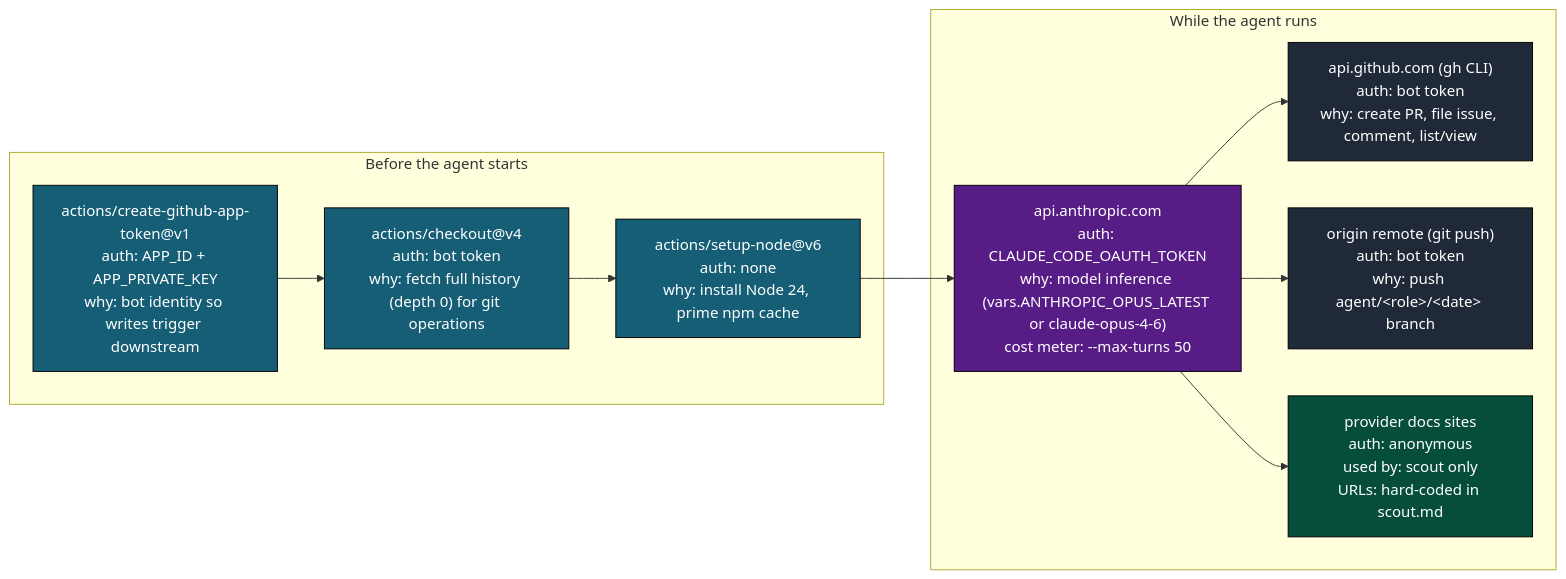
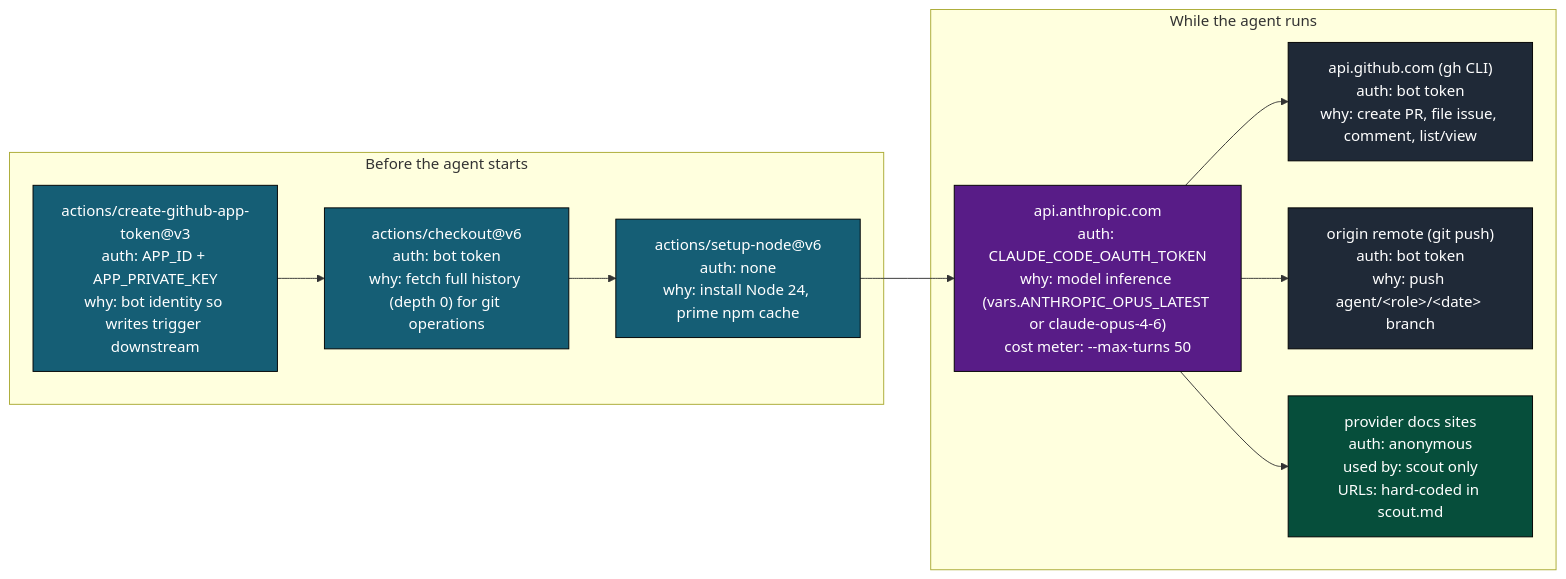
One commit to llm-exe/llm-exe changed the eighth of 13 diagrams in .github/docs/AGENT_RUN_DEEP_DIVE.md. Above: the diagram before and after it, drawn with Mermaid. The commit also changed other lines of this file and 19 other files, not shown here.

First line of the commit message:
Update GitHub Actions to use latest versions of create-github-app-token and checkout actions

````diff
--- a/.github/docs/AGENT_RUN_DEEP_DIVE.md
+++ b/.github/docs/AGENT_RUN_DEEP_DIVE.md
@@ -383,27 +383,27 @@
 ```mermaid
 flowchart LR
     classDef pre fill:#155e75,color:#fff,stroke:#000
     classDef llm fill:#581c87,color:#fff,stroke:#000
     classDef gh fill:#1f2937,color:#fff,stroke:#000
     classDef web fill:#064e3b,color:#fff,stroke:#000
 
     subgraph Pre["Before the agent starts"]
-        c1["actions/create-github-app-token@v1\nauth: APP_ID + APP_PRIVATE_KEY\nwhy: bot identity so writes trigger downstream"]:::pre
-        c2["actions/checkout@v4\nauth: bot token\nwhy: fetch full history (depth 0) for git operations"]:::pre
+        c1["actions/create-github-app-token@v3\nauth: APP_ID + APP_PRIVATE_KEY\nwhy: bot identity so writes trigger downstream"]:::pre
+        c2["actions/checkout@v6\nauth: bot token\nwhy: fetch full history (depth 0) for git operations"]:::pre
         c3["actions/setup-node@v6\nauth: none\nwhy: install Node 24, prime npm cache"]:::pre
     end
 
     subgraph During["While the agent runs"]
         d1["api.anthropic.com\nauth: CLAUDE_CODE_OAUTH_TOKEN\nwhy: model inference (vars.ANTHROPIC_OPUS_LATEST or claude-opus-4-6)\ncost meter: --max-turns 50"]:::llm
         d2["api.github.com (gh CLI)\nauth: bot token\nwhy: create PR, file issue, comment, list/view"]:::gh
         d3["origin remote (git push)\nauth: bot token\nwhy: push agent/&lt;role&gt;/&lt;date&gt; branch"]:::gh
         d4["provider docs sites\nauth: anonymous\nused by: scout only\nURLs: hard-coded in scout.md"]:::web
     end
 
     c1 --> c2
     c2 --> c3
     c3 --> d1
     d1 --> d2
     d1 --> d3
     d1 --> d4
 ```
````
